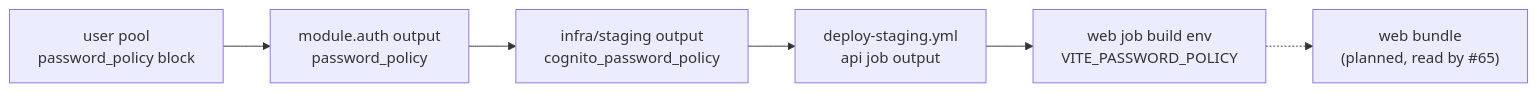
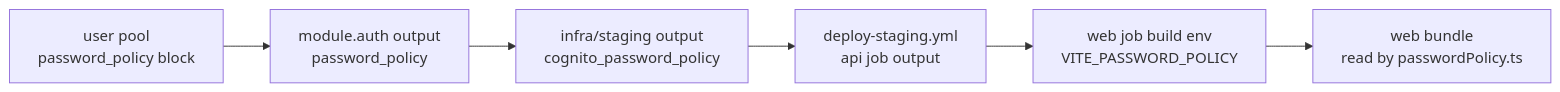
Before and after one commit to AbnerWillclefy/Homeowner: the third of 4 diagrams in docs/architecture/infrastructure.md, drawn with Mermaid. The commit also changed other lines of this file, not shown here.

Commit message:
docs(architecture): add the admin distribution, group and deploy job to infrastructure

````diff
--- a/docs/architecture/infrastructure.md
+++ b/docs/architecture/infrastructure.md
@@ -95,8 +101,8 @@
   ```mermaid
   flowchart LR
       pool["user pool<br/>password_policy block"] --> mod["module.auth output<br/>password_policy"]
       mod --> stg["infra/staging output<br/>cognito_password_policy"]
       stg --> api["deploy-staging.yml<br/>api job output"]
       api --> env["web job build env<br/>VITE_PASSWORD_POLICY"]
-      env -.-> bundle["web bundle<br/>(planned, read by #65)"]
+      env --> bundle["web bundle<br/>read by passwordPolicy.ts"]
   ```
````
